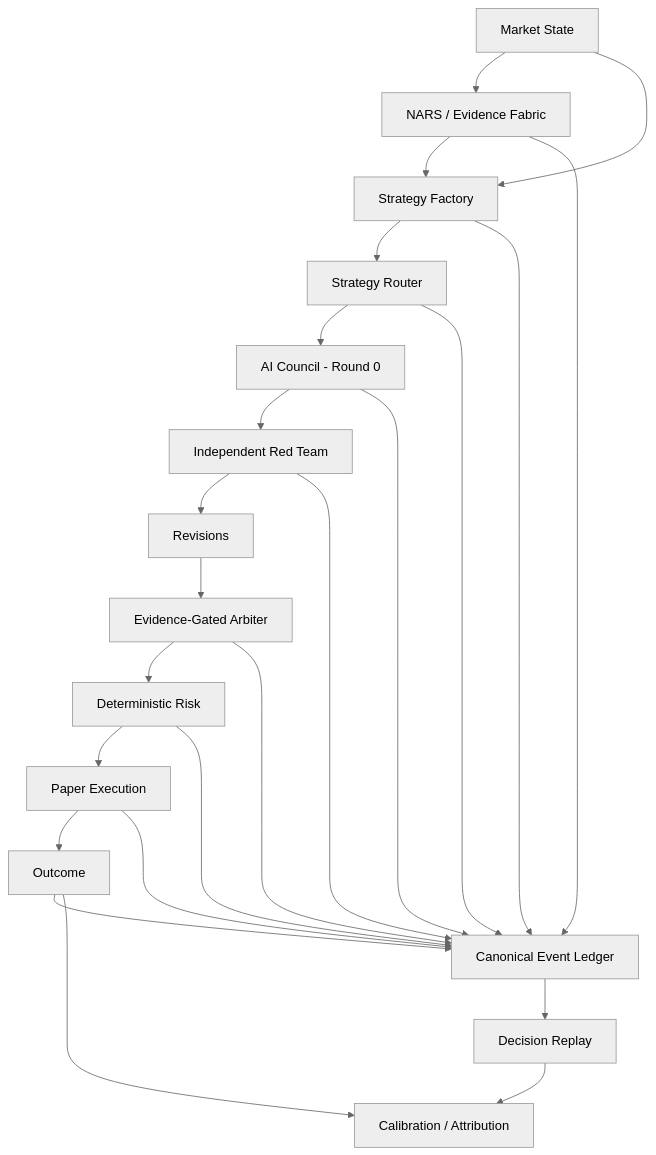
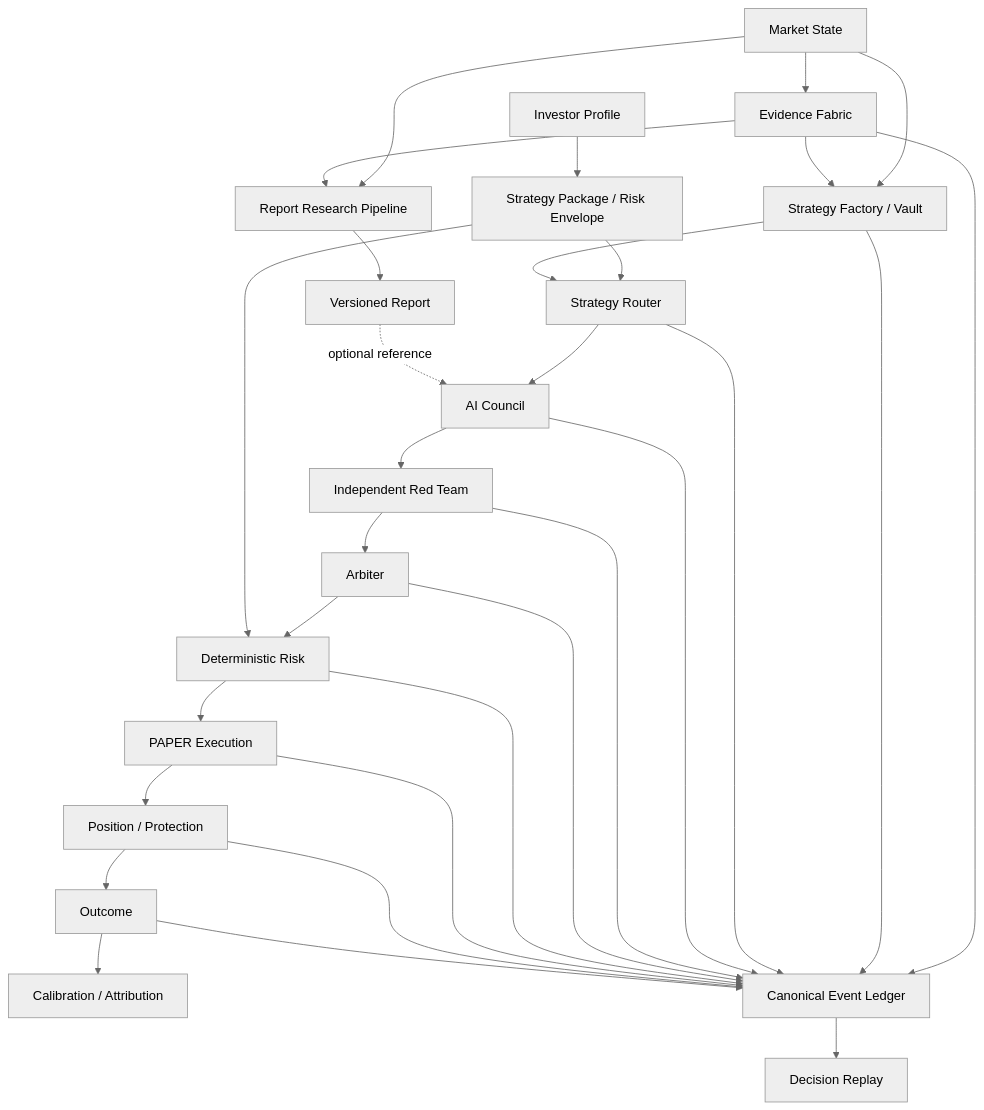
The diagram in README.md (hanul442/Black-oracle), drawn with Mermaid (neutral theme) before and after one commit. The commit also changed other lines of this file and 6 other files, not shown here.

````diff
--- a/README.md
+++ b/README.md
@@ -40,28 +108,36 @@
 ```mermaid
 flowchart TD
-    M[Market State] --> E[NARS / Evidence Fabric]
-    M --> F[Strategy Factory]
+    P[Investor Profile] --> PKG[Strategy Package / Risk Envelope]
+    M[Market State] --> E[Evidence Fabric]
+    M --> F[Strategy Factory / Vault]
     E --> F
-    F --> R[Strategy Router]
-    R --> C[AI Council - Round 0]
+    PKG --> R[Strategy Router]
+    F --> R
+    R --> C[AI Council]
     C --> RT[Independent Red Team]
-    RT --> RV[Revisions]
-    RV --> A[Evidence-Gated Arbiter]
+    RT --> A[Arbiter]
     A --> K[Deterministic Risk]
-    K --> X[Paper Execution]
-    X --> O[Outcome]
+    PKG --> K
+    K --> X[PAPER Execution]
+    X --> POS[Position / Protection]
+    POS --> O[Outcome]
+    O --> CAL[Calibration / Attribution]
 
     E --> L[Canonical Event Ledger]
     F --> L
     R --> L
     C --> L
     RT --> L
     A --> L
     K --> L
     X --> L
+    POS --> L
     O --> L
 
     L --> D[Decision Replay]
-    O --> CAL[Calibration / Attribution]
-    D --> CAL
+
+    M --> RP[Report Research Pipeline]
+    E --> RP
+    RP --> REP[Versioned Report]
+    REP -. optional reference .-> C
 ```
````
